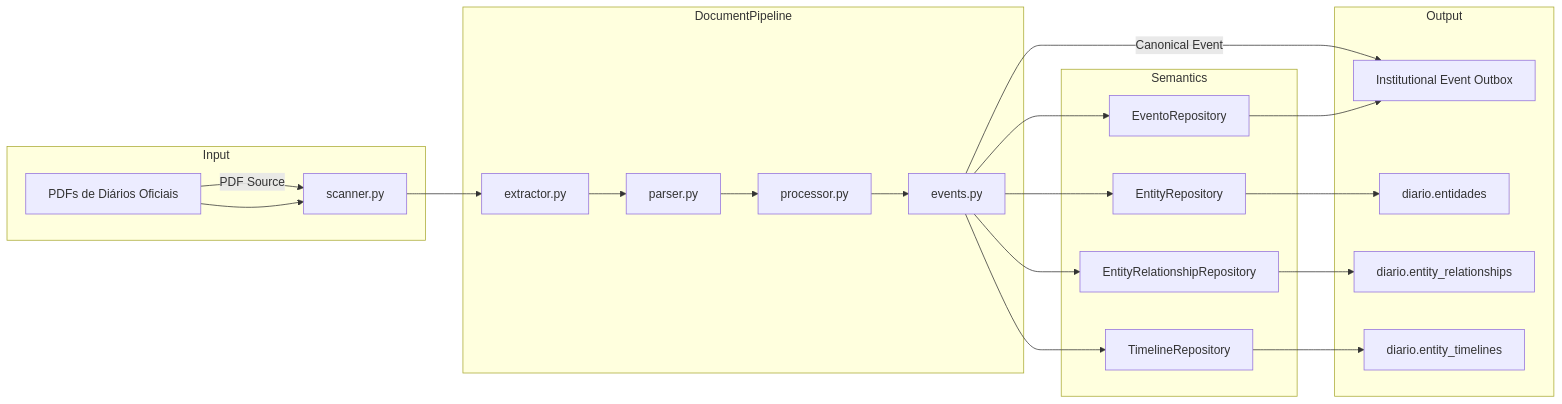
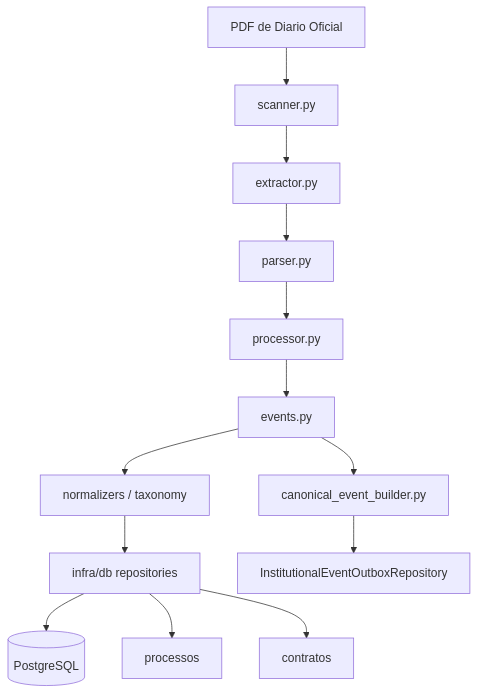
Before and after one commit to mthrodrigues/diario_processor: the first of 8 diagrams in documentacao_tecnica.md, drawn with Mermaid. The commit also changed other lines of this file and 19 other files, not shown here.

Commit message:
feat(arquitetura): consolida processos, contratos e documentação da arquitetura

````diff
--- a/documentacao_tecnica.md
+++ b/documentacao_tecnica.md
@@ -654,30 +25,15 @@
 ```mermaid
-flowchart LR
-  subgraph Input
-    A[PDFs de Diários Oficiais] --> B[scanner.py]
-  end
-
-  subgraph DocumentPipeline
+flowchart TD
+    A[PDF de Diario Oficial] --> B[scanner.py]
     B --> C[extractor.py]
     C --> D[parser.py]
     D --> E[processor.py]
     E --> F[events.py]
-  end
-
-  subgraph Semantics
-    F --> G[EntityRepository]
-    F --> H[EventoRepository]
-    F --> I[EntityRelationshipRepository]
-    F --> J[TimelineRepository]
-  end
-
-  subgraph Output
-    H --> K[Institutional Event Outbox]
-    G --> L[diario.entidades]
-    I --> M[diario.entity_relationships]
-    J --> N[diario.entity_timelines]
-  end
-
-  A -->|PDF Source| B
-  F -->|Canonical Event| K
+    F --> G[normalizers / taxonomy]
+    G --> H[infra/db repositories]
+    H --> I[(PostgreSQL)]
+    H --> J[processos]
+    H --> K[contratos]
+    F --> L[canonical_event_builder.py]
+    L --> M[InstitutionalEventOutboxRepository]
 ```
````
